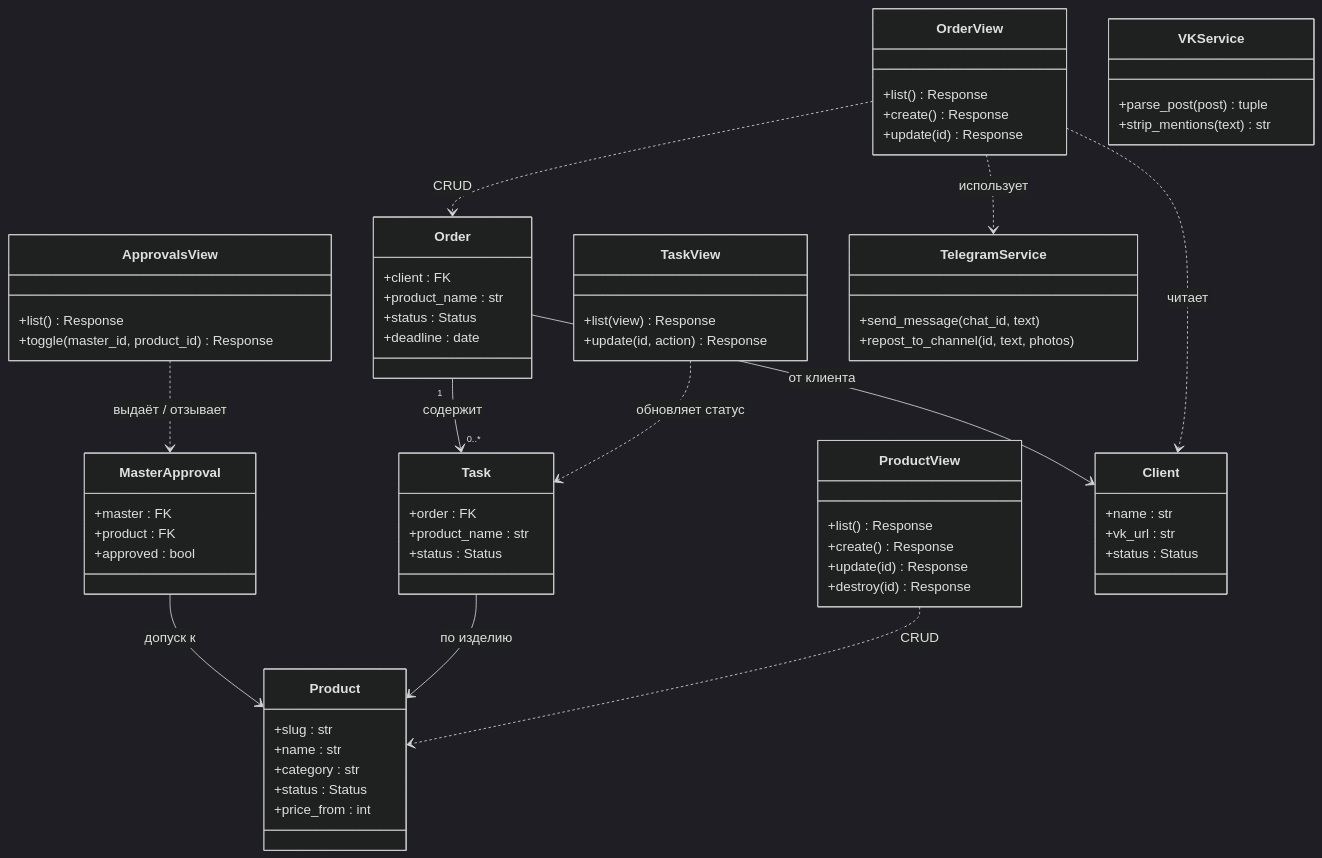
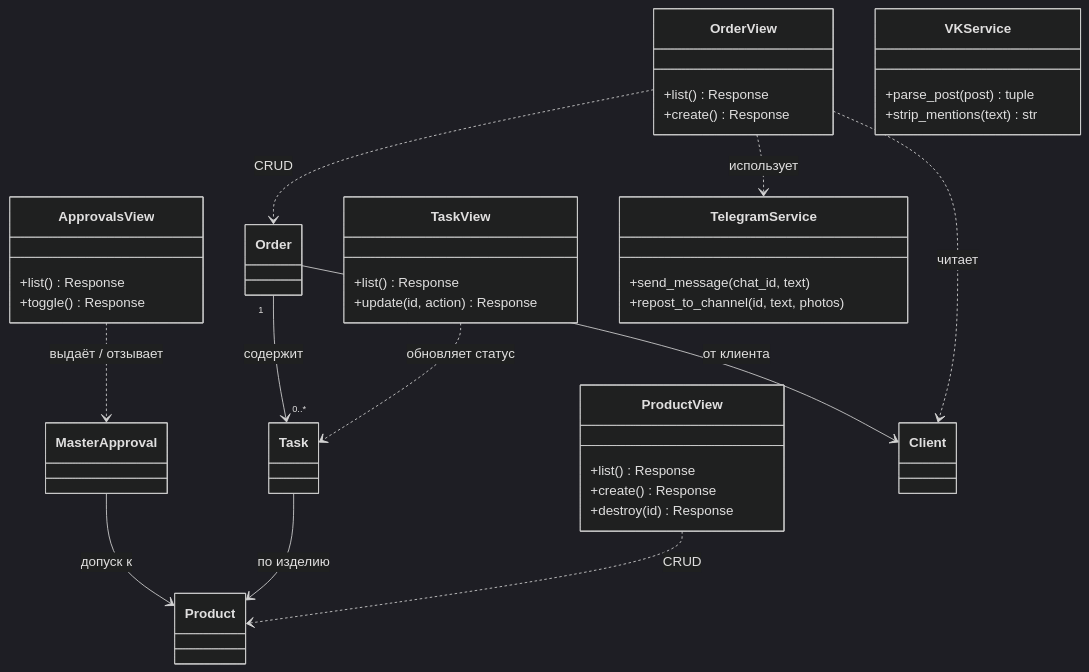
Before and after one commit to Morivan/-Calradia: the diagram in docs/fig6_backend_uml.mmd, drawn with Mermaid (dark theme). The commit also changed 2 other files, not shown here.

Commit message:
Simplify diagrams: C4 container for fig3, cleaner UML for fig6/fig7
fig3: replaced deployment graph with C4 Level 2 container diagram
fig6: model classes shown as name-only boxes (no attribute footer),
      views and services retain their methods
fig7: only BootstrapPayload, Product, ProductSet keep field bodies;
      enums and secondary types shown as name-only stereotype boxes

https://claude.ai/code/session_01D3hkvTwHu9An1jnGPvHyaS

```diff
--- a/docs/fig6_backend_uml.mmd
+++ b/docs/fig6_backend_uml.mmd
@@ -1,77 +1,44 @@
 classDiagram
     class ProductView {
         +list() Response
         +create() Response
-        +update(id) Response
         +destroy(id) Response
     }
-
     class OrderView {
         +list() Response
         +create() Response
-        +update(id) Response
+    }
+    class TaskView {
+        +list() Response
+        +update(id, action) Response
+    }
+    class ApprovalsView {
+        +list() Response
+        +toggle() Response
     }
 
-    class TaskView {
-        +list(view) Response
-        +update(id, action) Response
-    }
-
-    class ApprovalsView {
-        +list() Response
-        +toggle(master_id, product_id) Response
-    }
-
-    class Product {
-        +slug : str
-        +name : str
-        +category : str
-        +status : Status
-        +price_from : int
-    }
-
-    class Order {
-        +client : FK
-        +product_name : str
-        +status : Status
-        +deadline : date
-    }
-
-    class Task {
-        +order : FK
-        +product_name : str
-        +status : Status
-    }
-
-    class MasterApproval {
-        +master : FK
-        +product : FK
-        +approved : bool
-    }
-
-    class Client {
-        +name : str
-        +vk_url : str
-        +status : Status
-    }
+    class Product
+    class Order
+    class Task
+    class MasterApproval
+    class Client
 
     class TelegramService {
         +send_message(chat_id, text)
         +repost_to_channel(id, text, photos)
     }
-
     class VKService {
         +parse_post(post) tuple
         +strip_mentions(text) str
     }
 
     ProductView    ..> Product         : CRUD
     OrderView      ..> Order           : CRUD
     OrderView      ..> Client          : читает
     OrderView      ..> TelegramService : использует
     TaskView       ..> Task            : обновляет статус
     ApprovalsView  ..> MasterApproval  : выдаёт / отзывает
     Order          --> Client          : от клиента
     Order          "1" --> "0..*" Task : содержит
     Task           --> Product         : по изделию
     MasterApproval --> Product         : допуск к
```
